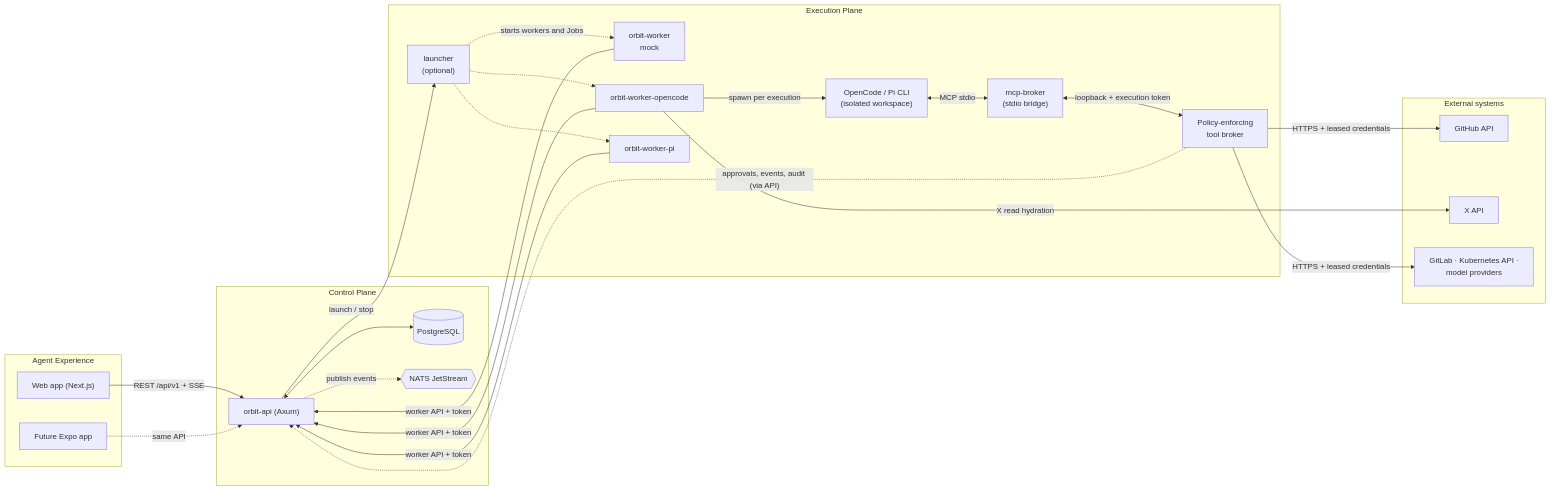
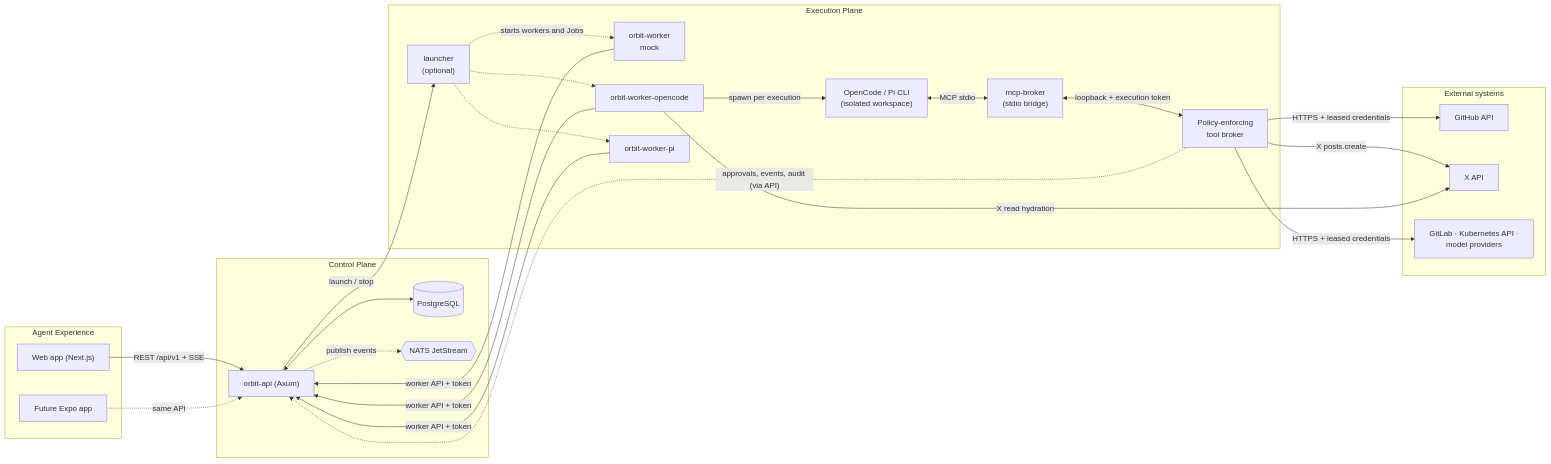
One commit to opsifyhq/orbit changed the first of 5 diagrams in docs/architecture/diagram.md. Above: the diagram before and after it, drawn with Mermaid. The commit also changed other lines of this file and 10 other files, not shown here.

Commit message:
docs: sync architecture references and add consistency check

````diff
--- a/docs/architecture/diagram.md
+++ b/docs/architecture/diagram.md
@@ -23,48 +23,49 @@
 ```mermaid
 flowchart LR
   subgraph Experience["Agent Experience"]
     Web["Web app (Next.js)"]
     Mobile["Future Expo app"]
   end
 
   subgraph Control["Control Plane"]
     API["orbit-api (Axum)"]
     DB[("PostgreSQL")]
     Bus{{"NATS JetStream"}}
   end
 
   subgraph Execution["Execution Plane"]
     Launcher["launcher<br/>(optional)"]
     Worker["orbit-worker<br/>mock"]
     OCWorker["orbit-worker-opencode"]
     PiWorker["orbit-worker-pi"]
     Harness["OpenCode / Pi CLI<br/>(isolated workspace)"]
     MCP["mcp-broker<br/>(stdio bridge)"]
     Broker["Policy-enforcing<br/>tool broker"]
   end
 
   subgraph External["External systems"]
     GitHub["GitHub API"]
     X["X API"]
     More["GitLab · Kubernetes API ·<br/>model providers"]
   end
 
   Web -->|"REST /api/v1 + SSE"| API
   Mobile -.->|"same API"| API
   API <--> DB
   API -.->|"publish events"| Bus
   API -->|"launch / stop"| Launcher
   Launcher -.->|"starts workers and Jobs"| Worker
   Launcher -.-> OCWorker
   Launcher -.-> PiWorker
   Worker -->|"worker API + token"| API
   OCWorker -->|"worker API + token"| API
   PiWorker -->|"worker API + token"| API
   OCWorker -->|"spawn per execution"| Harness
   Harness <-->|"MCP stdio"| MCP
   MCP <-->|"loopback + execution token"| Broker
   Broker -->|"HTTPS + leased credentials"| GitHub
   Broker -->|"HTTPS + leased credentials"| More
+  Broker -->|"X posts.create"| X
   OCWorker -->|"X read hydration"| X
   Broker -.->|"approvals, events, audit (via API)"| API
 ```
````
